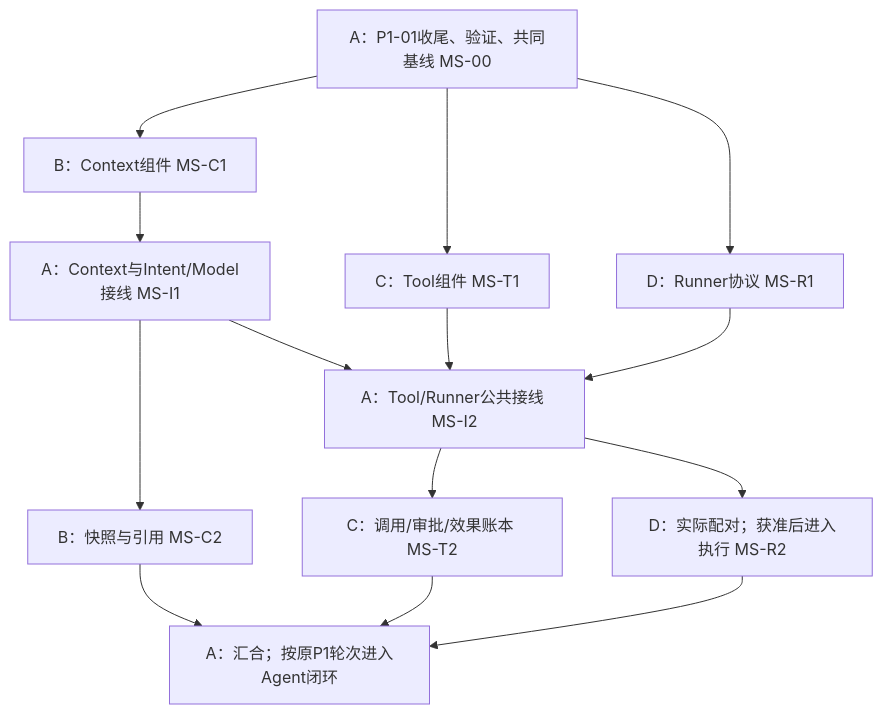
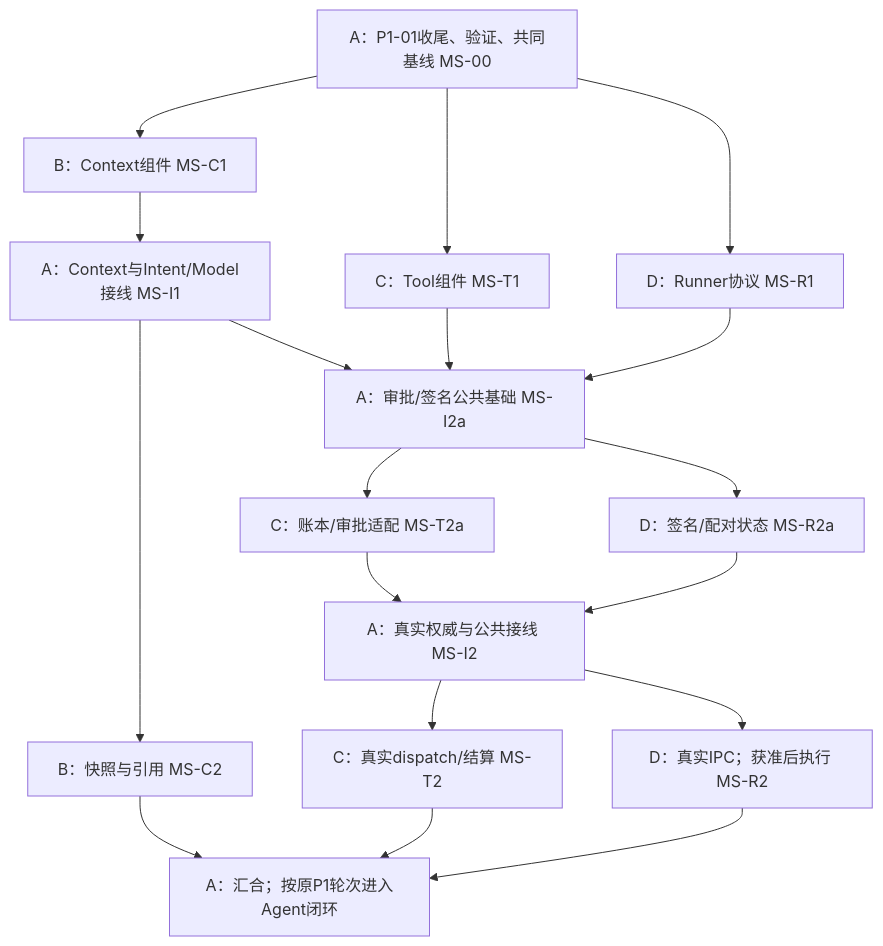
One commit to Guozai3633/UAW changed the diagram in docs/plan/PARALLEL.md. Above: the diagram before and after it, drawn with Mermaid. The commit also changed other lines of this file and 16 other files, not shown here.

````diff
--- a/docs/plan/PARALLEL.md
+++ b/docs/plan/PARALLEL.md
@@ -44,16 +44,20 @@
 ```mermaid
 flowchart TD
   A0["A：P1-01收尾、验证、共同基线 MS-00"] --> B1["B：Context组件 MS-C1"]
   A0 --> C1["C：Tool组件 MS-T1"]
   A0 --> D1["D：Runner协议 MS-R1"]
   B1 --> I1["A：Context与Intent/Model接线 MS-I1"]
   I1 --> B2["B：快照与引用 MS-C2"]
-  C1 --> I2["A：Tool/Runner公共接线 MS-I2"]
-  D1 --> I2
-  I1 --> I2
-  I2 --> C2["C：调用/审批/效果账本 MS-T2"]
-  I2 --> D2["D：实际配对；获准后进入执行 MS-R2"]
+  C1 --> I2a["A：审批/签名公共基础 MS-I2a"]
+  D1 --> I2a
+  I1 --> I2a
+  I2a --> C2a["C：账本/审批适配 MS-T2a"]
+  I2a --> D2a["D：签名/配对状态 MS-R2a"]
+  C2a --> I2["A：真实权威与公共接线 MS-I2"]
+  D2a --> I2
+  I2 --> C2["C：真实dispatch/结算 MS-T2"]
+  I2 --> D2["D：真实IPC；获准后执行 MS-R2"]
   B2 --> I3["A：汇合；按原P1轮次进入Agent闭环"]
   C2 --> I3
   D2 --> I3
 ```
````
